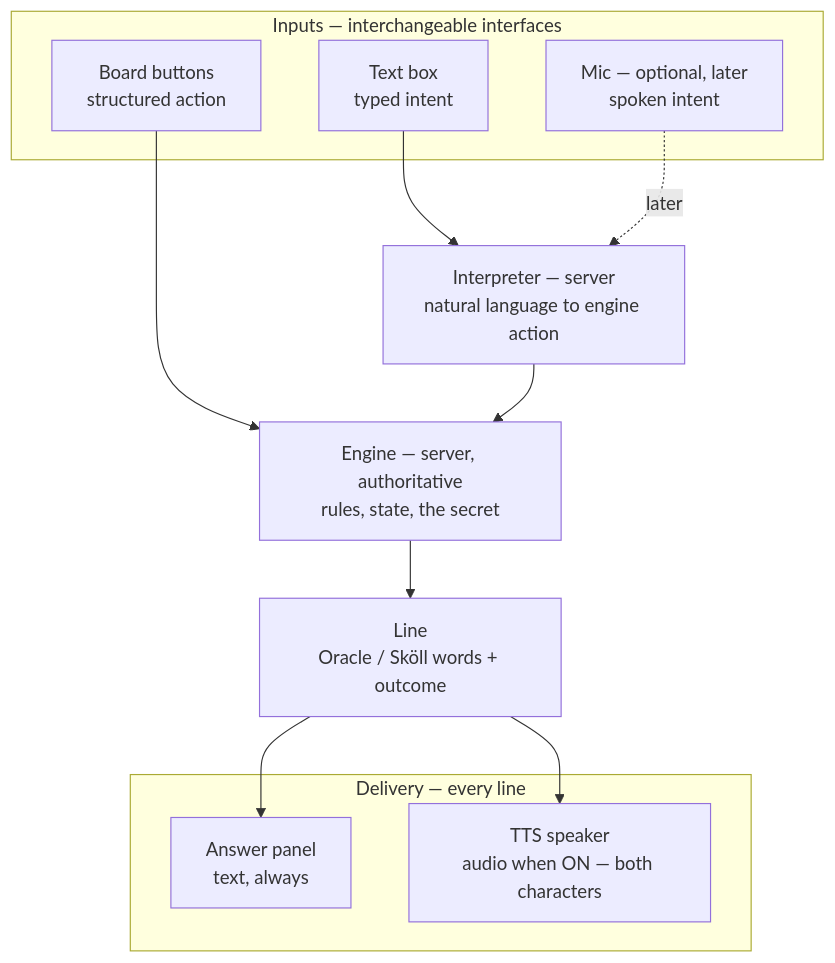
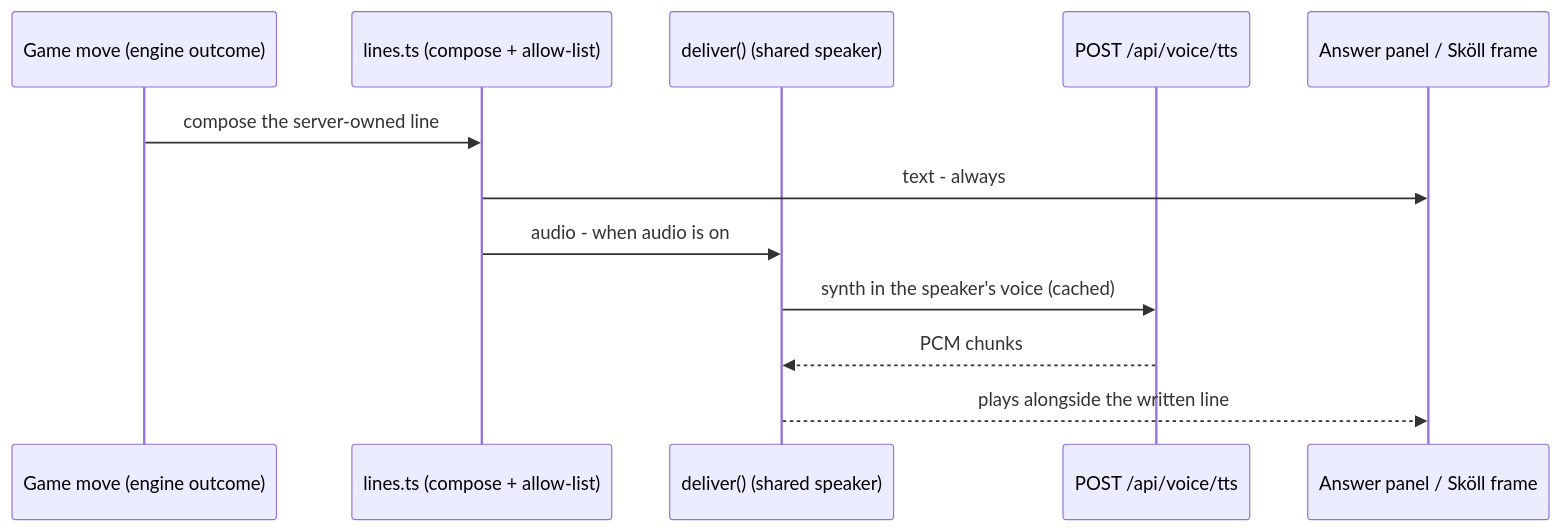
The third of 5 diagrams in docs/architecture.md (anchildress1/save-the-sun), drawn with Mermaid before and after one commit. The commit also changed other lines of this file and 37 other files, not shown here.

````diff
--- a/docs/architecture.md
+++ b/docs/architecture.md
@@ -177,29 +127,18 @@
 ```mermaid
-%%{init: {'theme': 'default'}}%%
-flowchart TB
-    accTitle: Target voice architecture — conversation as delivery
-    accDescr: Player inputs (text box, board buttons, and a later optional mic) feed a server-side interpreter that drives the authoritative engine. Each engine outcome becomes a line delivered to the text panel always and to a shared TTS speaker when audio is on. The Oracle and Sköll share the one delivery path.
+sequenceDiagram
+    accTitle: Voice output as delivery
+    accDescr: Every game move is composed into a server-owned line, delivered to the panel as text always and to the shared TTS speaker as audio when audio is on. Both the Oracle and Sköll ride the one route.
 
-    subgraph Inputs["Inputs — interchangeable interfaces"]
-        Text["Text box<br/>typed intent"]
-        Buttons["Board buttons<br/>structured action"]
-        Mic["Mic — optional, later<br/>spoken intent"]
-    end
+    participant Move as Game move (engine outcome)
+    participant Line as lines.ts (compose + allow-list)
+    participant Del as deliver() (shared speaker)
+    participant TTS as POST /api/voice/tts
+    participant Panel as Answer panel / Sköll frame
 
-    Interpret["Interpreter — server<br/>natural language to engine action"]
-    Engine["Engine — server, authoritative<br/>rules, state, the secret"]
-    Line["Line<br/>Oracle / Sköll words + outcome"]
-
-    subgraph Delivery["Delivery — every line"]
-        Panel["Answer panel<br/>text, always"]
-        Speaker["TTS speaker<br/>audio when ON — both characters"]
-    end
-
-    Text --> Interpret
-    Mic -. later .-> Interpret
-    Buttons --> Engine
-    Interpret --> Engine
-    Engine --> Line
-    Line --> Panel
-    Line --> Speaker
+    Move->>Line: compose the server-owned line
+    Line->>Panel: text - always
+    Line->>Del: audio - when audio is on
+    Del->>TTS: synth in the speaker's voice (cached)
+    TTS-->>Del: PCM chunks
+    Del-->>Panel: plays alongside the written line
 ```
````
